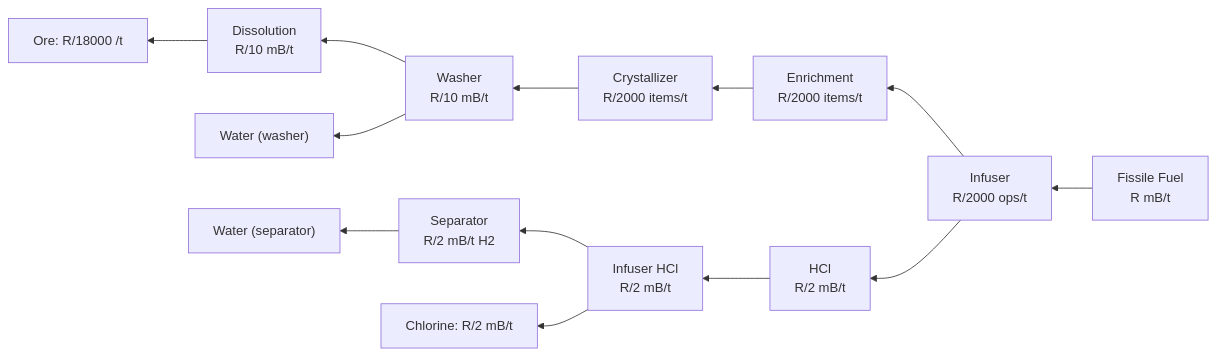
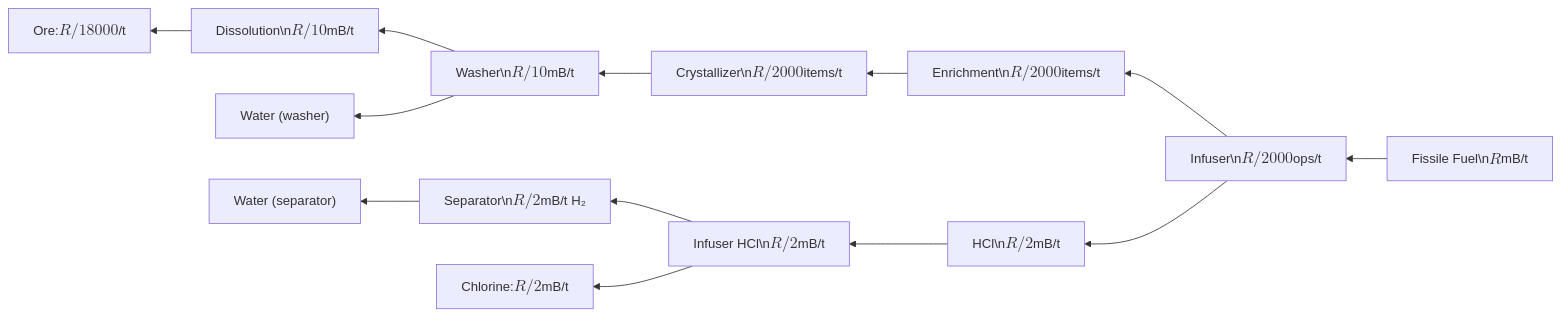
Before and after one commit to Kiwifan1/Kiwifan1.github.io: the second of 3 diagrams in docs/mekanism/fissile-fuel-production.md, drawn with Mermaid. The commit also changed 3 other files, not shown here.

Commit message:
Use KaTeX math in Mermaid diagrams instead of plain text

````diff
--- a/docs/mekanism/fissile-fuel-production.md
+++ b/docs/mekanism/fissile-fuel-production.md
@@ -161,15 +161,15 @@
 ```mermaid
 flowchart RL
-    FF["Fissile Fuel\nR mB/t"] --> CI["Infuser\nR/2000 ops/t"]
-    CI --> EC["Enrichment\nR/2000 items/t"]
-    CI --> HCl["HCl\nR/2 mB/t"]
-    EC --> CC["Crystallizer\nR/2000 items/t"]
-    CC --> CW["Washer\nR/10 mB/t"]
-    CW --> DC["Dissolution\nR/10 mB/t"]
-    HCl --> CIH["Infuser HCl\nR/2 mB/t"]
-    CIH --> ES["Separator\nR/2 mB/t H2"]
-    DC --> Ore["Ore: R/18000 /t"]
+    FF["Fissile Fuel\n$$R$$ mB/t"] --> CI["Infuser\n$$R/2000$$ ops/t"]
+    CI --> EC["Enrichment\n$$R/2000$$ items/t"]
+    CI --> HCl["HCl\n$$R/2$$ mB/t"]
+    EC --> CC["Crystallizer\n$$R/2000$$ items/t"]
+    CC --> CW["Washer\n$$R/10$$ mB/t"]
+    CW --> DC["Dissolution\n$$R/10$$ mB/t"]
+    HCl --> CIH["Infuser HCl\n$$R/2$$ mB/t"]
+    CIH --> ES["Separator\n$$R/2$$ mB/t H₂"]
+    DC --> Ore["Ore: $$R/18000$$ /t"]
     CW --> Water1["Water (washer)"]
     ES --> Water2["Water (separator)"]
-    CIH --> Chlorine["Chlorine: R/2 mB/t"]
+    CIH --> Chlorine["Chlorine: $$R/2$$ mB/t"]
 ```
````
